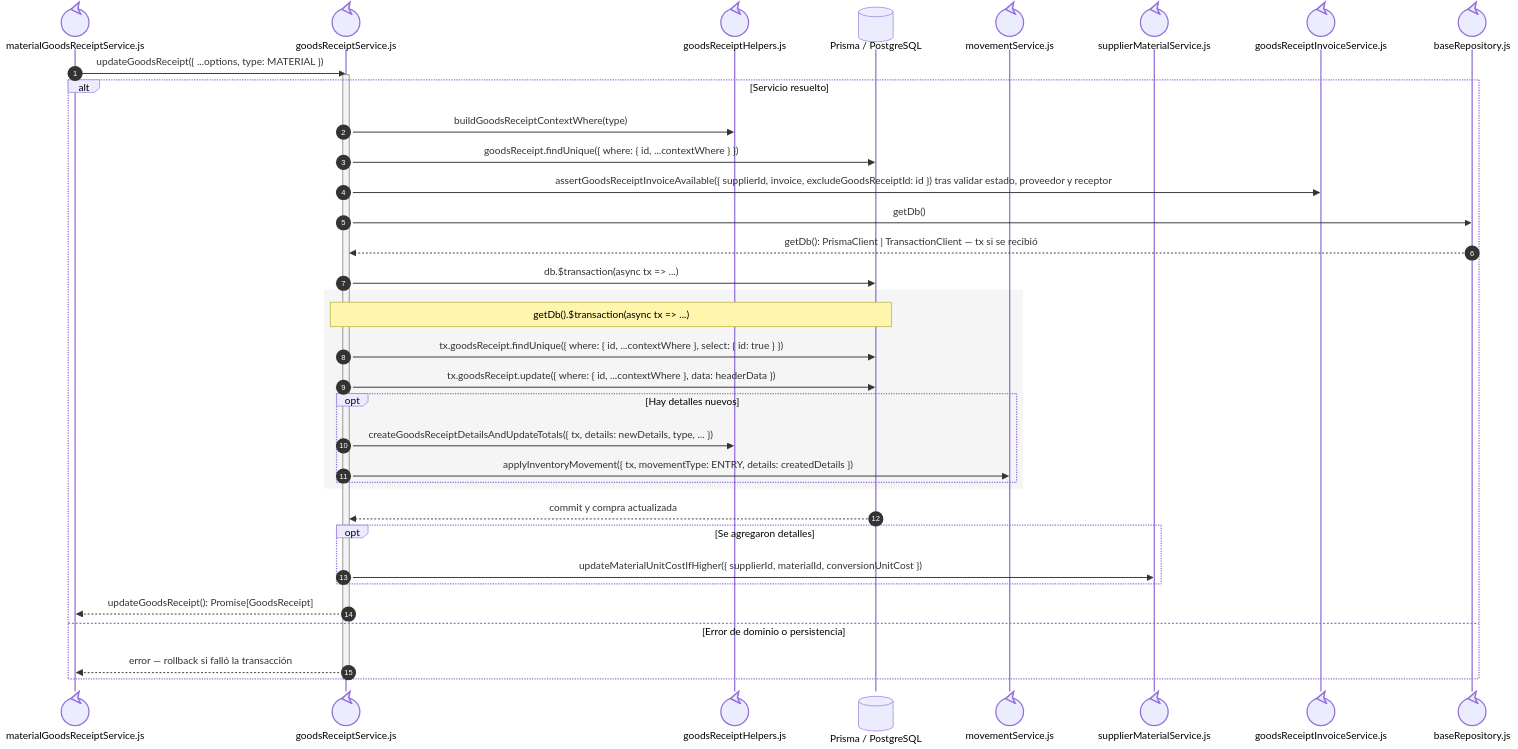
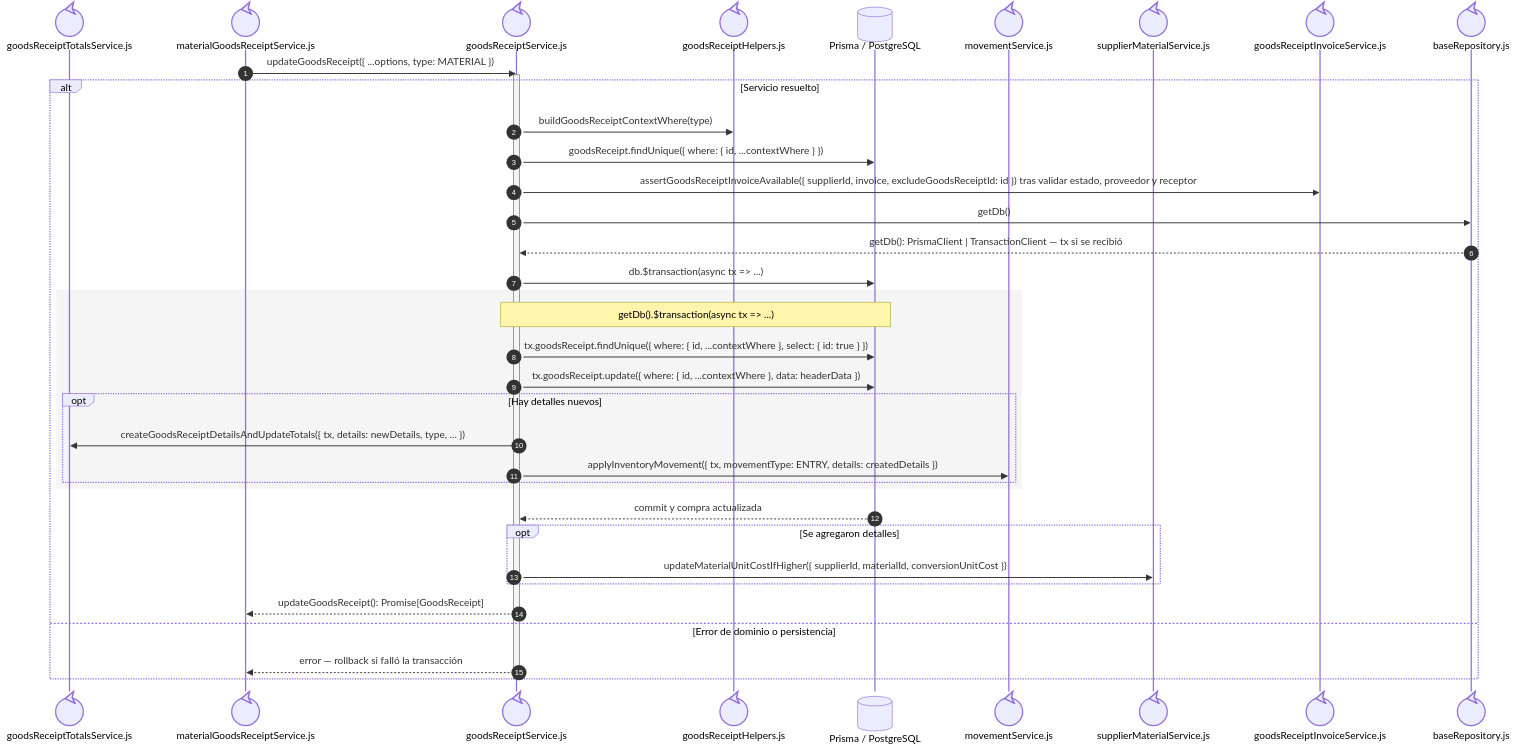
The fourth of 6 diagrams in docs/architecture/views/processes/backend-code-sequences/purchases/cu-ent-03.md (gpgsistemas01/nexus), drawn with Mermaid before and after one commit. The commit also changed other lines of this file and 122 other files, not shown here.

````diff
--- a/docs/architecture/views/processes/backend-code-sequences/purchases/cu-ent-03.md
+++ b/docs/architecture/views/processes/backend-code-sequences/purchases/cu-ent-03.md
@@ -158,41 +161,42 @@
 ```mermaid
 sequenceDiagram
     autonumber
+    participant Totals@{ "type": "control" } as goodsReceiptTotalsService.js
     participant Facade@{ "type": "control" } as materialGoodsReceiptService.js
     participant Core@{ "type": "control" } as goodsReceiptService.js
     participant Helpers@{ "type": "control" } as goodsReceiptHelpers.js
     participant Prisma@{ "type": "database" } as Prisma / PostgreSQL
     participant Inventory@{ "type": "control" } as movementService.js
     participant Costs@{ "type": "control" } as supplierMaterialService.js
     participant Invoice@{ "type": "control" } as goodsReceiptInvoiceService.js
 
     participant FileBaseRepository@{ "type": "control" } as baseRepository.js
 
     Facade->>Core: updateGoodsReceipt({ ...options, type: MATERIAL })
     activate Core
     alt Servicio resuelto
         Core->>Helpers: buildGoodsReceiptContextWhere(type)
         Core->>Prisma: goodsReceipt.findUnique({ where: { id, ...contextWhere } })
         Core->>Invoice: assertGoodsReceiptInvoiceAvailable({ supplierId, invoice, excludeGoodsReceiptId: id }) tras validar estado, proveedor y receptor
         Core->>FileBaseRepository: getDb()
         FileBaseRepository-->>Core: getDb(): PrismaClient | TransactionClient — tx si se recibió
         Core->>Prisma: db.$transaction(async tx => ...)
         rect rgb(245, 245, 245)
             Note over Core,Prisma: getDb().$transaction(async tx => ...)
             Core->>Prisma: tx.goodsReceipt.findUnique({ where: { id, ...contextWhere }, select: { id: true } })
             Core->>Prisma: tx.goodsReceipt.update({ where: { id, ...contextWhere }, data: headerData })
             opt Hay detalles nuevos
-                Core->>Helpers: createGoodsReceiptDetailsAndUpdateTotals({ tx, details: newDetails, type, ... })
+                Core->>Totals: createGoodsReceiptDetailsAndUpdateTotals({ tx, details: newDetails, type, ... })
                 Core->>Inventory: applyInventoryMovement({ tx, movementType: ENTRY, details: createdDetails })
             end
         end
         Prisma-->>Core: commit y compra actualizada
         opt Se agregaron detalles
             Core->>Costs: updateMaterialUnitCostIfHigher({ supplierId, materialId, conversionUnitCost })
         end
         Core-->>Facade: updateGoodsReceipt(): Promise[GoodsReceipt]
     else Error de dominio o persistencia
         Core-->>Facade: error — rollback si falló la transacción
     end
     deactivate Core
 ```
````
